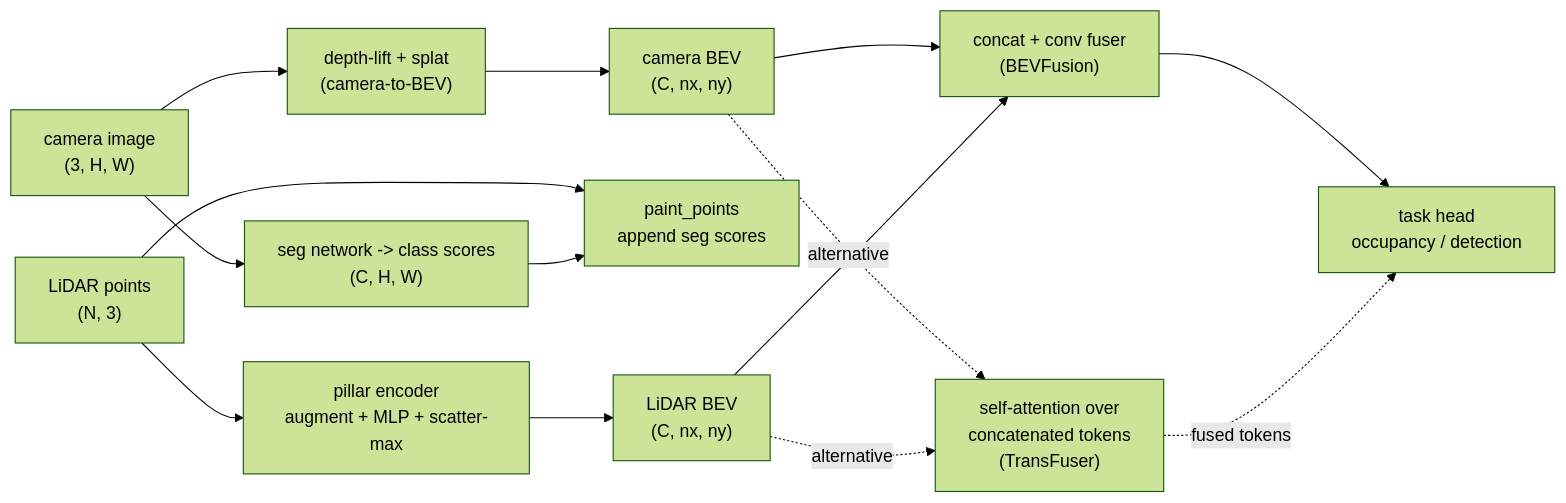
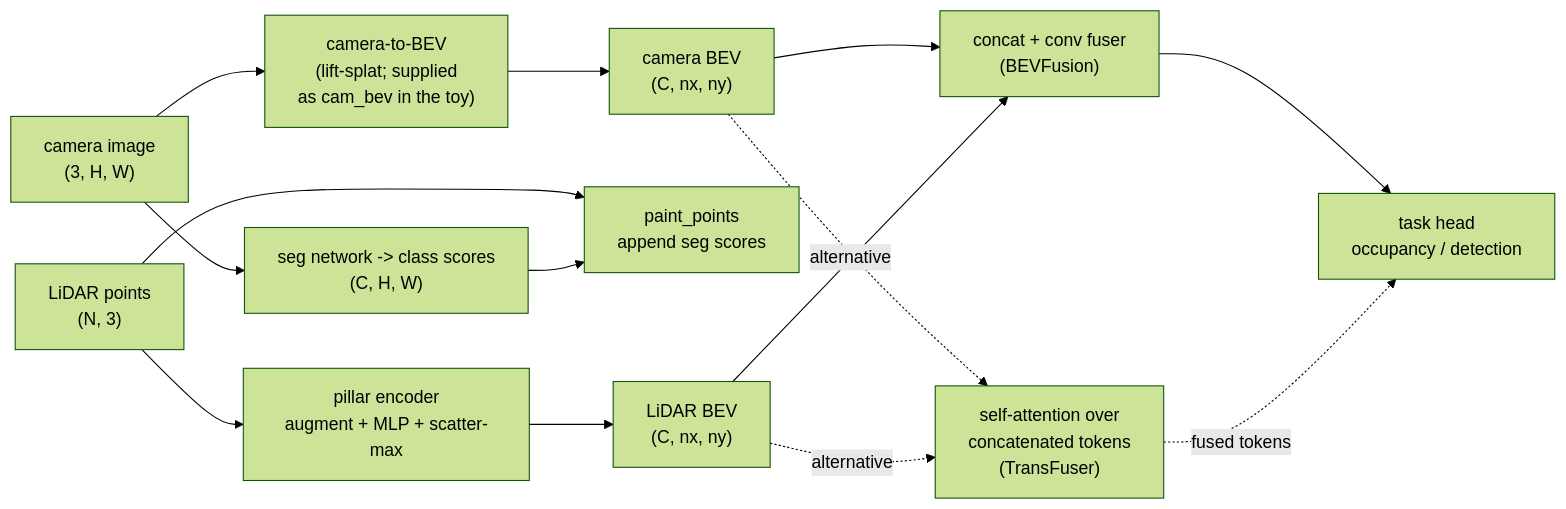
Before and after one commit to tanmaniac/nanovision: the diagram in assignments/a11_5f_sensor_fusion/README.md, drawn with Mermaid (forest theme). The commit also changed other lines of this file and 29 other files, not shown here.

````diff
--- a/assignments/a11_5f_sensor_fusion/README.md
+++ b/assignments/a11_5f_sensor_fusion/README.md
@@ -129,16 +243,16 @@
 ```mermaid
 flowchart LR
   IMG["camera image<br/>(3, H, W)"] --> SEG["seg network -> class scores<br/>(C, H, W)"]
-  IMG --> CAMB["depth-lift + splat<br/>(camera-to-BEV)"]
+  IMG --> CAMB["camera-to-BEV<br/>(lift-splat; supplied<br/>as cam_bev in the toy)"]
   CAMB --> CBEV["camera BEV<br/>(C, nx, ny)"]
   LID["LiDAR points<br/>(N, 3)"] --> PAINT["paint_points<br/>append seg scores"]
   SEG --> PAINT
   LID --> PILL["pillar encoder<br/>augment + MLP + scatter-max"]
   PILL --> LBEV["LiDAR BEV<br/>(C, nx, ny)"]
   CBEV --> CAT["concat + conv fuser<br/>(BEVFusion)"]
   LBEV --> CAT
   CAT --> HEAD["task head<br/>occupancy / detection"]
   CBEV -. alternative .-> ATT["self-attention over<br/>concatenated tokens<br/>(TransFuser)"]
   LBEV -. alternative .-> ATT
   ATT -. fused tokens .-> HEAD
 ```
````
